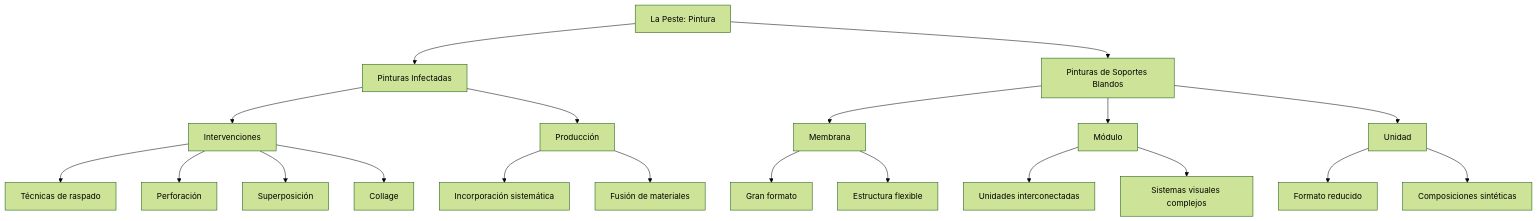
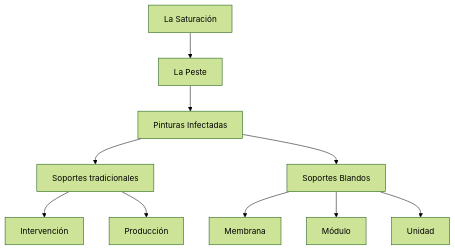
One commit to EGGS-Artesvisuales/EGGS-Artesvisuales.github.io changed the diagram in ES/peste-pinturas-infectadas.md. Above: the diagram before and after it, drawn with Mermaid (forest theme). The commit also changed other lines of this file, not shown here.

```diff
--- a/ES/peste-pinturas-infectadas.md
+++ b/ES/peste-pinturas-infectadas.md
@@ -167,38 +167,23 @@
 <div class="mermaid">
 graph TD
-  A[La Peste: Pintura] --> B[Pinturas Infectadas]
-  A --> C[Pinturas de Soportes Blandos]
-  
-  B --> D[Intervenciones]
-  B --> E[Producción]
-  
-  C --> F[Membrana]
-  C --> G[Módulo]
-  C --> H[Unidad]
-  
-  D --> I[Técnicas de raspado]
-  D --> J[Perforación]
-  D --> K[Superposición]
-  D --> L[Collage]
-  
-  E --> M[Incorporación sistemática]
-  E --> N[Fusión de materiales]
-  
-  F --> O[Gran formato]
-  F --> P[Estructura flexible]
-  
-  G --> Q[Unidades interconectadas]
-  G --> R[Sistemas visuales complejos]
-  
-  H --> S[Formato reducido]
-  H --> T[Composiciones sintéticas]
+  A[La Saturación] --> B[La Peste]
+  B --> C[Pinturas Infectadas]
+  C --> D[Soportes tradicionales]
+  D --> D1[Intervención]
+  D --> D2[Producción]
+  C --> E[Soportes Blandos]
+  E --> E1[Membrana]
+  E --> E2[Módulo]
+  E --> E3[Unidad]
 
-  click A "/es/peste-pintura.html" "Ir a La Peste: Pintura"
-  click B "/es/pinturas-infectadas.html" "Ir a Pinturas Infectadas"
-  click C "/es/soportes-blandos.html" "Ir a Pinturas de Soportes Blandos"
-  click D "/es/intervenciones.html" "Ir a Intervenciones"
-  click E "/es/produccion.html" "Ir a Producción"
-  click F "/es/membrana.html" "Ir a Membrana"
-  click G "/es/modulo.html" "Ir a Módulo"
-  click H "/es/unidad.html" "Ir a Unidad"
+  click A "/es/saturacion.html"
+  click B "/es/la-peste.html"
+  click C "/es/peste-pinturas-infectadas.html"
+  click D "/es/pinturas-infectadas.html"
+  click D1 "/es/intervenciones.html"
+  click D2 "/es/produccion.html"
+  click E "/es/soportes-blandos.html"
+  click E1 "/es/membrana.html"
+  click E2 "/es/modulo.html"
+  click E3 "/es/unidad.html"
 </div>
```
